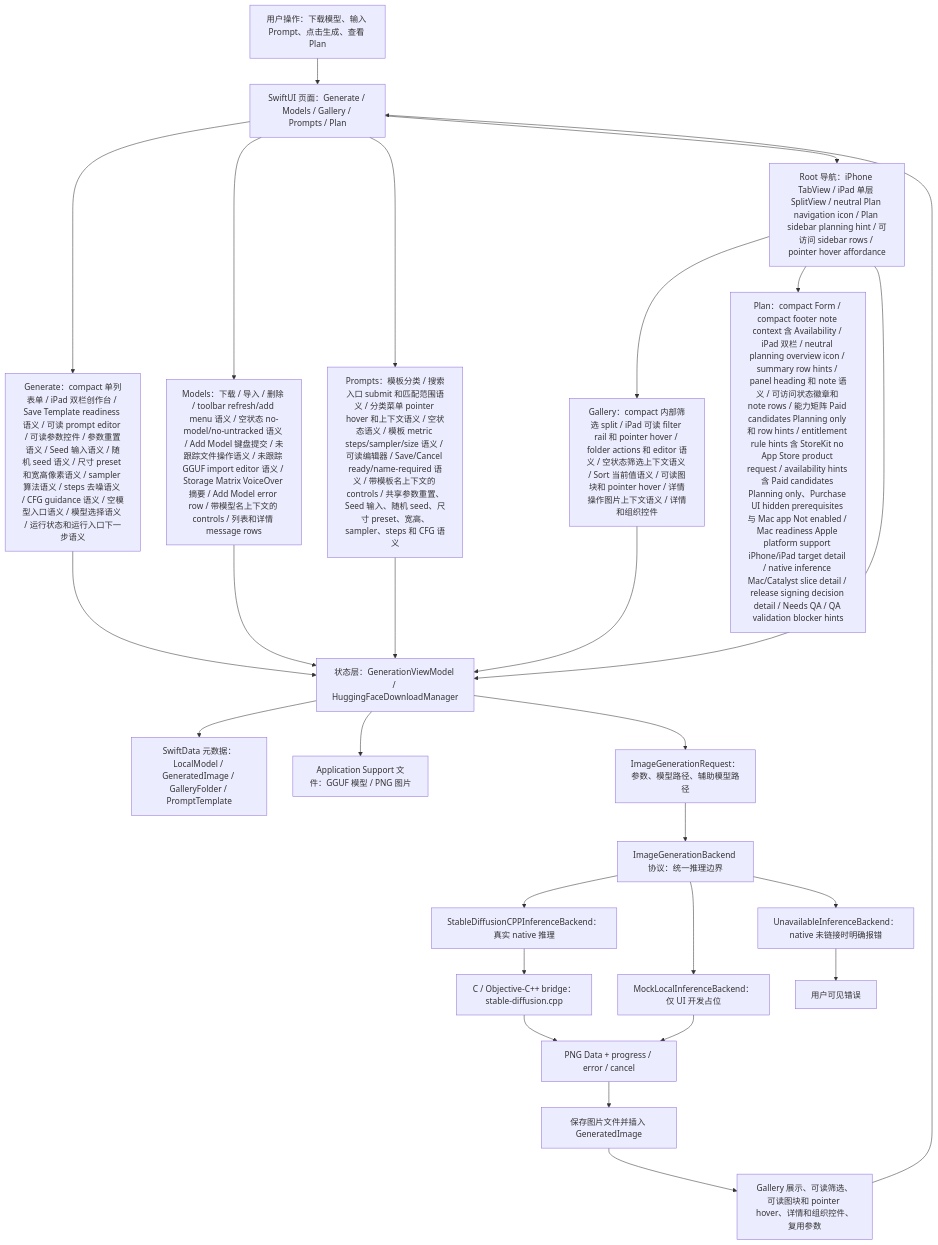
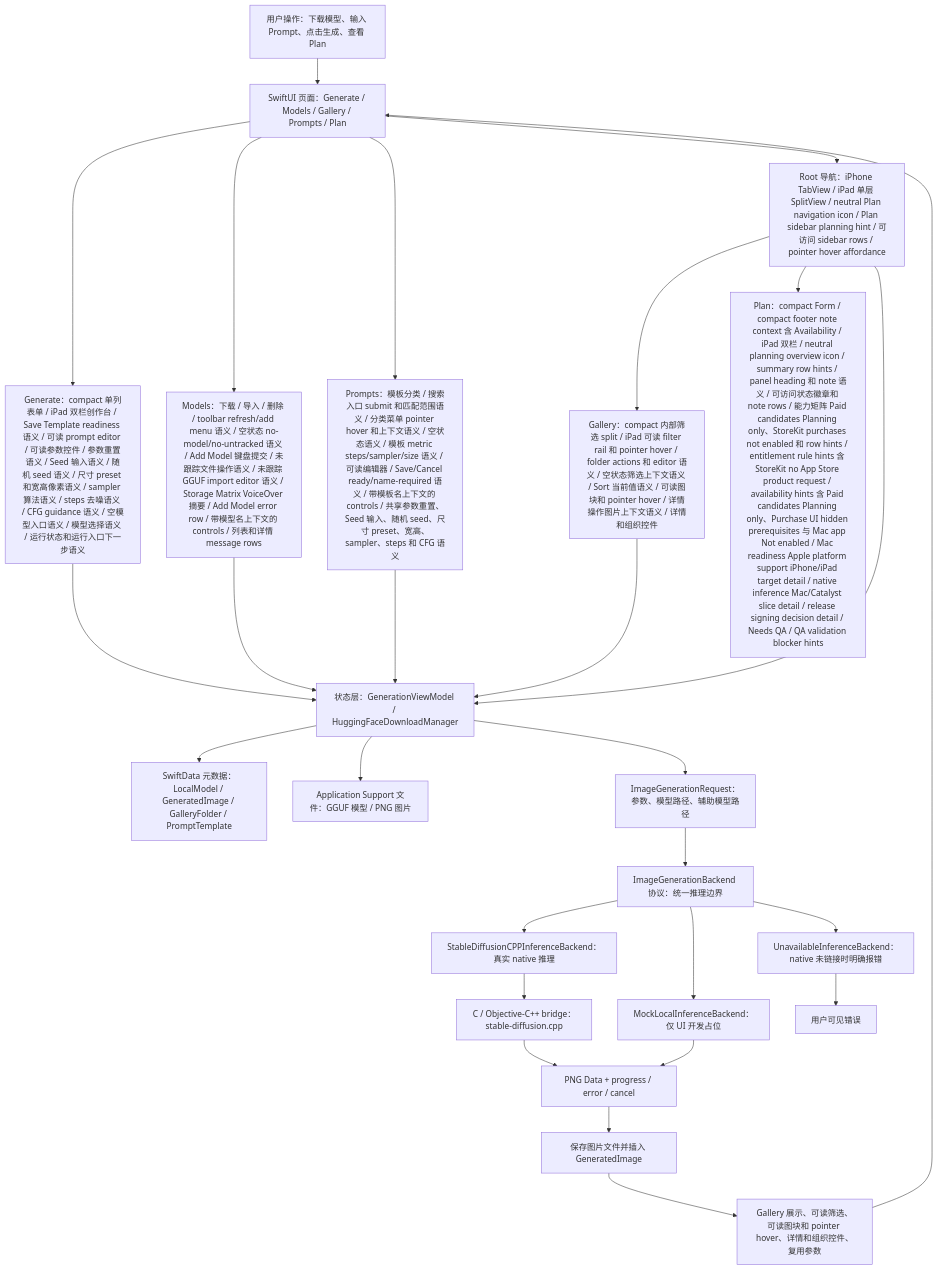
One commit to Altman-sam114/118 changed the first of 7 diagrams in md/flow/flowchart.md. Above: the diagram before and after it, drawn with Mermaid. The commit also changed 5 other files, not shown here.

First line of the commit message:
v1.82: Plan StoreKit purchases capability copy

````diff
--- a/md/flow/flowchart.md
+++ b/md/flow/flowchart.md
@@ -9,29 +9,29 @@
 ```mermaid
 flowchart TD
   U["用户操作：下载模型、输入 Prompt、点击生成、查看 Plan"] --> UI["SwiftUI 页面：Generate / Models / Gallery / Prompts / Plan"]
   UI --> GENUI["Generate：compact 单列表单 / iPad 双栏创作台 / Save Template readiness 语义 / 可读 prompt editor / 可读参数控件 / 参数重置语义 / Seed 输入语义 / 随机 seed 语义 / 尺寸 preset 和宽高像素语义 / sampler 算法语义 / steps 去噪语义 / CFG guidance 语义 / 空模型入口语义 / 模型选择语义 / 运行状态和运行入口下一步语义"]
   UI --> MODELUI["Models：下载 / 导入 / 删除 / toolbar refresh/add menu 语义 / 空状态 no-model/no-untracked 语义 / Add Model 键盘提交 / 未跟踪文件操作语义 / 未跟踪 GGUF import editor 语义 / Storage Matrix VoiceOver 摘要 / Add Model error row / 带模型名上下文的 controls / 列表和详情 message rows"]
   UI --> PROMPTUI["Prompts：模板分类 / 搜索入口 submit 和匹配范围语义 / 分类菜单 pointer hover 和上下文语义 / 空状态语义 / 模板 metric steps/sampler/size 语义 / 可读编辑器 / Save/Cancel ready/name-required 语义 / 带模板名上下文的 controls / 共享参数重置、Seed 输入、随机 seed、尺寸 preset、宽高、sampler、steps 和 CFG 语义"]
   UI --> NAV["Root 导航：iPhone TabView / iPad 单层 SplitView / neutral Plan navigation icon / Plan sidebar planning hint / 可访问 sidebar rows / pointer hover affordance"]
   NAV --> GALUI["Gallery：compact 内部筛选 split / iPad 可读 filter rail 和 pointer hover / folder actions 和 editor 语义 / 空状态筛选上下文语义 / Sort 当前值语义 / 可读图块和 pointer hover / 详情操作图片上下文语义 / 详情和组织控件"]
-  NAV --> PLANUI["Plan：compact Form / compact footer note context 含 Availability / iPad 双栏 / neutral planning overview icon / summary row hints / panel heading 和 note 语义 / 可访问状态徽章和 note rows / 能力矩阵 Paid candidates Planning only 和 row hints / entitlement rule hints 含 StoreKit no App Store product request / availability hints 含 Paid candidates Planning only、Purchase UI hidden prerequisites 与 Mac app Not enabled / Mac readiness Apple platform support iPhone/iPad target detail / native inference Mac/Catalyst slice detail / release signing decision detail / Needs QA / QA validation blocker hints"]
+  NAV --> PLANUI["Plan：compact Form / compact footer note context 含 Availability / iPad 双栏 / neutral planning overview icon / summary row hints / panel heading 和 note 语义 / 可访问状态徽章和 note rows / 能力矩阵 Paid candidates Planning only、StoreKit purchases not enabled 和 row hints / entitlement rule hints 含 StoreKit no App Store product request / availability hints 含 Paid candidates Planning only、Purchase UI hidden prerequisites 与 Mac app Not enabled / Mac readiness Apple platform support iPhone/iPad target detail / native inference Mac/Catalyst slice detail / release signing decision detail / Needs QA / QA validation blocker hints"]
   NAV --> VM["状态层：GenerationViewModel / HuggingFaceDownloadManager"]
   GENUI --> VM
   MODELUI --> VM
   PROMPTUI --> VM
   GALUI --> VM
   VM --> SD["SwiftData 元数据：LocalModel / GeneratedImage / GalleryFolder / PromptTemplate"]
   VM --> FS["Application Support 文件：GGUF 模型 / PNG 图片"]
   VM --> REQ["ImageGenerationRequest：参数、模型路径、辅助模型路径"]
   REQ --> IFACE["ImageGenerationBackend 协议：统一推理边界"]
   IFACE --> NATIVE["StableDiffusionCPPInferenceBackend：真实 native 推理"]
   IFACE --> MOCK["MockLocalInferenceBackend：仅 UI 开发占位"]
   IFACE --> OFF["UnavailableInferenceBackend：native 未链接时明确报错"]
   NATIVE --> BRIDGE["C / Objective-C++ bridge：stable-diffusion.cpp"]
   BRIDGE --> PNG["PNG Data + progress / error / cancel"]
   MOCK --> PNG
   OFF --> ERR["用户可见错误"]
   PNG --> SAVE["保存图片文件并插入 GeneratedImage"]
   SAVE --> GALLERY["Gallery 展示、可读筛选、可读图块和 pointer hover、详情和组织控件、复用参数"]
   GALLERY --> UI
 ```
````
